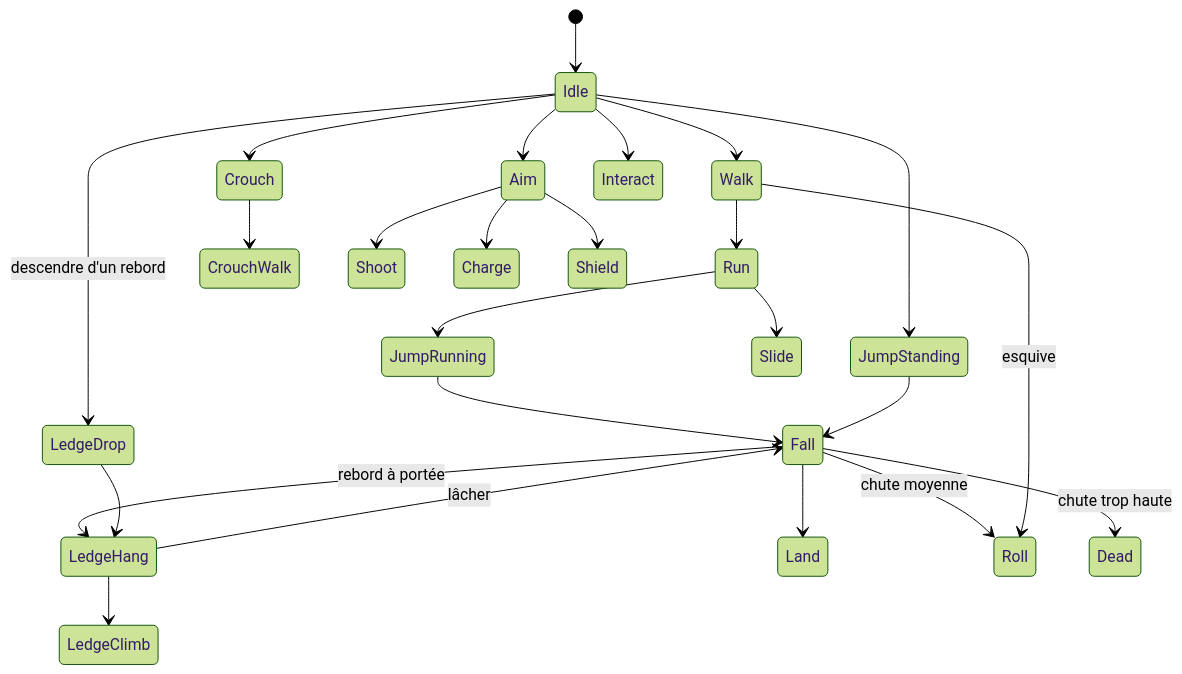
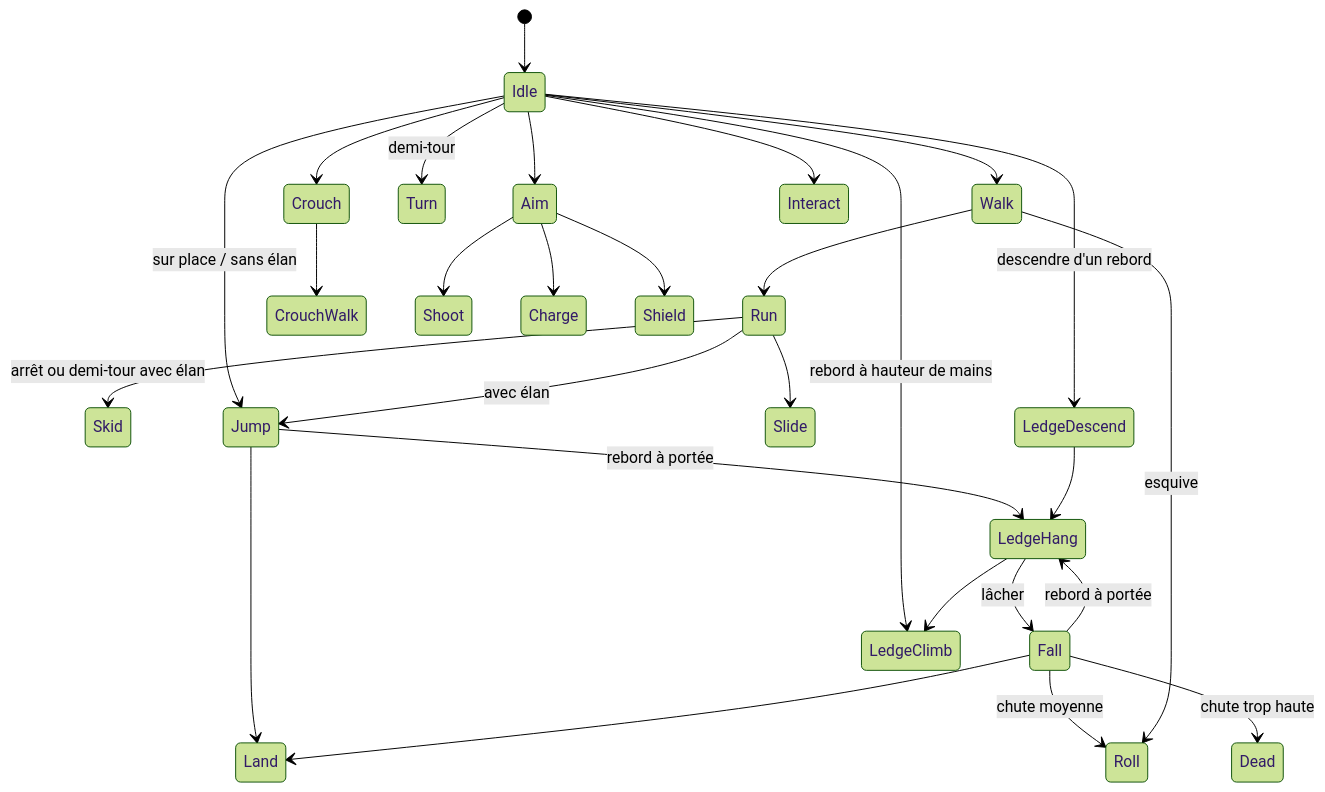
The second of 4 diagrams in docs/PLAN.md (zephenix/paradoxe), drawn with Mermaid (forest theme) before and after one commit. The commit also changed other lines of this file and 52 other files, not shown here.

````diff
--- a/docs/PLAN.md
+++ b/docs/PLAN.md
@@ -118,27 +120,30 @@
 ```mermaid
 stateDiagram-v2
     [*] --> Idle
     Idle --> Walk
     Walk --> Run
     Idle --> Crouch
     Crouch --> CrouchWalk
-    Idle --> JumpStanding
-    Run --> JumpRunning
+    Idle --> Turn : demi-tour
+    Run --> Skid : arrêt ou demi-tour avec élan
+    Idle --> Jump : sur place / sans élan
+    Run --> Jump : avec élan
     Run --> Slide
-    JumpRunning --> Fall
-    JumpStanding --> Fall
+    Jump --> LedgeHang : rebord à portée
+    Jump --> Land
     Fall --> LedgeHang : rebord à portée
+    Idle --> LedgeClimb : rebord à hauteur de mains
     LedgeHang --> LedgeClimb
     LedgeHang --> Fall : lâcher
-    Idle --> LedgeDrop : descendre d'un rebord
-    LedgeDrop --> LedgeHang
+    Idle --> LedgeDescend : descendre d'un rebord
+    LedgeDescend --> LedgeHang
     Fall --> Land
     Fall --> Roll : chute moyenne
     Fall --> Dead : chute trop haute
     Walk --> Roll : esquive
     Idle --> Aim
     Aim --> Shoot
     Aim --> Charge
     Aim --> Shield
     Idle --> Interact
 ```
````
